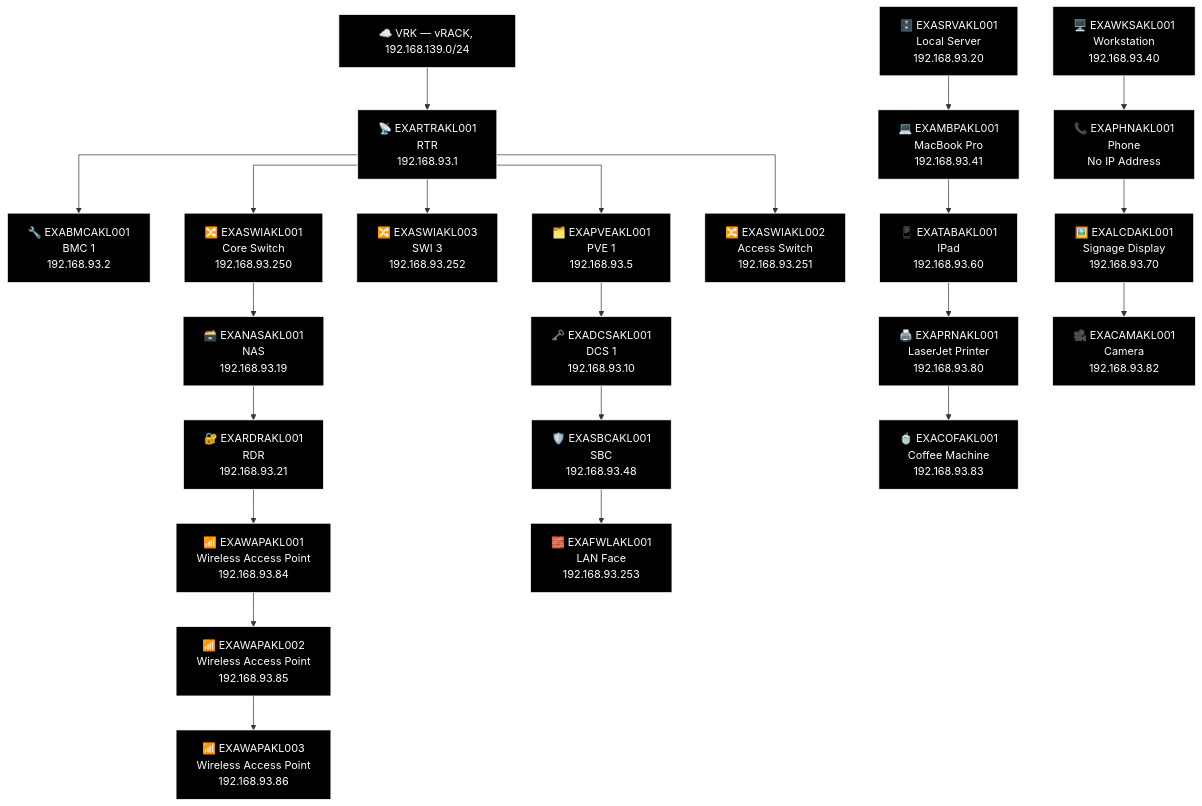
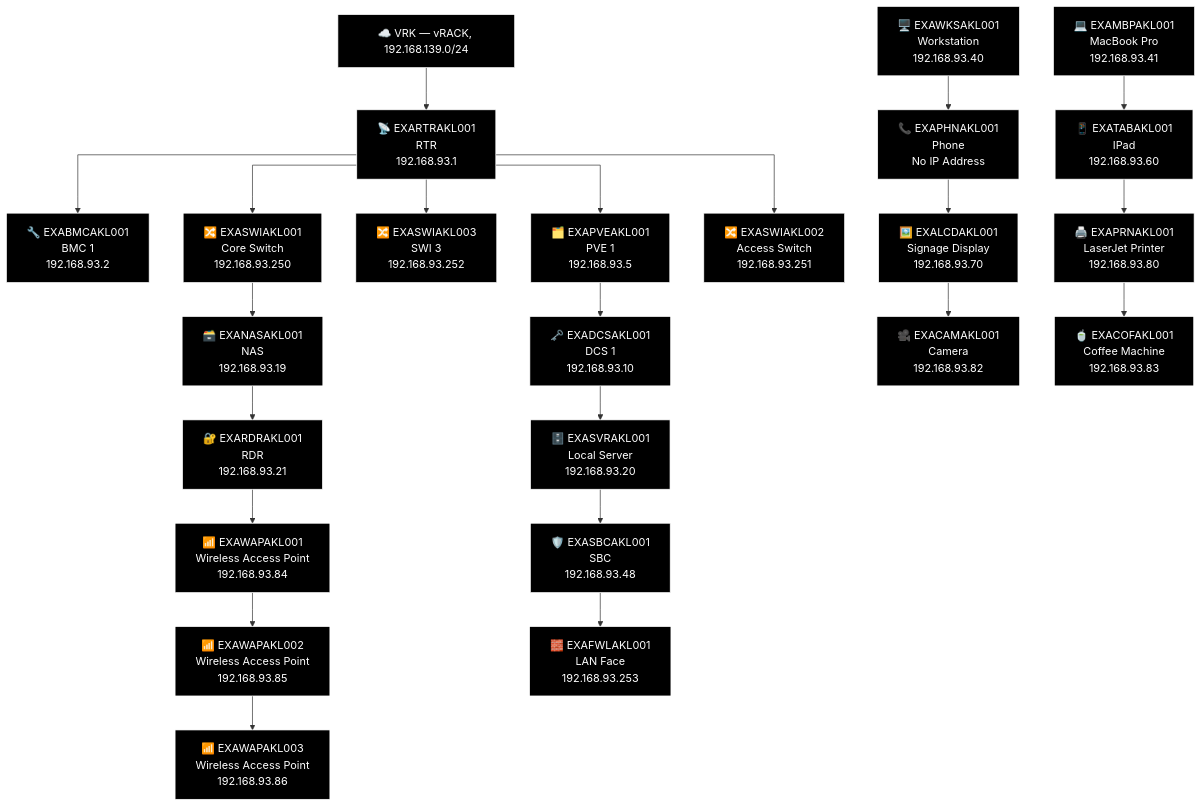
One commit to knightmare2600/example_music_infra changed the third of 3 diagrams in docs/network-diagram/new-zealand.md. Above: the diagram before and after it, drawn with Mermaid. The commit also changed other lines of this file and 44 other files, not shown here.

````diff
--- a/docs/network-diagram/new-zealand.md
+++ b/docs/network-diagram/new-zealand.md
@@ -131,64 +131,64 @@
 ```mermaid
 %% GENERATED:TOPOLOGY:AKL:START
 %%{init: {'flowchart': {'curve': 'stepAfter'}}}%%
 graph TD
     T_VRK["☁️ VRK — vRACK, 192.168.139.0/24"]
     T_RTR["📡 EXARTRAKL001<br/>RTR<br/>192.168.93.1"]
     T_VRK --> T_RTR
     T_BMC["🔧 EXABMCAKL001<br/>BMC 1<br/>192.168.93.2"]
     T_RTR --> T_BMC
     T_PVE["🗂️ EXAPVEAKL001<br/>PVE 1<br/>192.168.93.5"]
     T_RTR --> T_PVE
     T_SWI["🔀 EXASWIAKL003<br/>SWI 3<br/>192.168.93.252"]
     T_RTR --> T_SWI
     T_SWI2["🔀 EXASWIAKL001<br/>Core Switch<br/>192.168.93.250"]
     T_RTR --> T_SWI2
     T_SWI3["🔀 EXASWIAKL002<br/>Access Switch<br/>192.168.93.251"]
     T_RTR --> T_SWI3
     T_NAS["🗃️ EXANASAKL001<br/>NAS<br/>192.168.93.19"]
     T_RDR["🔐 EXARDRAKL001<br/>RDR<br/>192.168.93.21"]
     T_WAP["📶 EXAWAPAKL001<br/>Wireless Access Point<br/>192.168.93.84"]
     T_WAP2["📶 EXAWAPAKL002<br/>Wireless Access Point<br/>192.168.93.85"]
     T_WAP3["📶 EXAWAPAKL003<br/>Wireless Access Point<br/>192.168.93.86"]
     T_SWI2 --> T_NAS --> T_RDR --> T_WAP --> T_WAP2 --> T_WAP3
     T_DCS["🗝️ EXADCSAKL001<br/>DCS 1<br/>192.168.93.10"]
+    T_SVR["🗄️ EXASVRAKL001<br/>Local Server<br/>192.168.93.20"]
     T_SBC["🛡️ EXASBCAKL001<br/>SBC<br/>192.168.93.48"]
     T_FWL["🧱 EXAFWLAKL001<br/>LAN Face<br/>192.168.93.253"]
-    T_PVE --> T_DCS --> T_SBC --> T_FWL
-    T_SRV["🗄️ EXASRVAKL001<br/>Local Server<br/>192.168.93.20"]
+    T_PVE --> T_DCS --> T_SVR --> T_SBC --> T_FWL
     T_WKS["🖥️ EXAWKSAKL001<br/>Workstation<br/>192.168.93.40"]
     T_MBP["💻 EXAMBPAKL001<br/>MacBook Pro<br/>192.168.93.41"]
     T_PHN["📞 EXAPHNAKL001<br/>Phone<br/>No IP Address"]
     T_TAB["📱 EXATABAKL001<br/>IPad<br/>192.168.93.60"]
     T_LCD["🖼️ EXALCDAKL001<br/>Signage Display<br/>192.168.93.70"]
     T_PRN["🖨️ EXAPRNAKL001<br/>LaserJet Printer<br/>192.168.93.80"]
     T_CAM["🎥 EXACAMAKL001<br/>Camera<br/>192.168.93.82"]
     T_COF["🍵 EXACOFAKL001<br/>Coffee Machine<br/>192.168.93.83"]
-    T_SRV --> T_MBP --> T_TAB --> T_PRN --> T_COF
     T_WKS --> T_PHN --> T_LCD --> T_CAM
+    T_MBP --> T_TAB --> T_PRN --> T_COF
     style T_VRK fill:#000000,stroke:#FFFFFF,color:#FFFFFF
     style T_RTR fill:#000000,stroke:#FFFFFF,color:#FFFFFF
     style T_BMC fill:#000000,stroke:#FFFFFF,color:#FFFFFF
     style T_PVE fill:#000000,stroke:#FFFFFF,color:#FFFFFF
     style T_SWI fill:#000000,stroke:#FFFFFF,color:#FFFFFF
     style T_SWI2 fill:#000000,stroke:#FFFFFF,color:#FFFFFF
     style T_SWI3 fill:#000000,stroke:#FFFFFF,color:#FFFFFF
     style T_NAS fill:#000000,stroke:#FFFFFF,color:#FFFFFF
     style T_RDR fill:#000000,stroke:#FFFFFF,color:#FFFFFF
     style T_WAP fill:#000000,stroke:#FFFFFF,color:#FFFFFF
     style T_WAP2 fill:#000000,stroke:#FFFFFF,color:#FFFFFF
     style T_WAP3 fill:#000000,stroke:#FFFFFF,color:#FFFFFF
     style T_DCS fill:#000000,stroke:#FFFFFF,color:#FFFFFF
+    style T_SVR fill:#000000,stroke:#FFFFFF,color:#FFFFFF
     style T_SBC fill:#000000,stroke:#FFFFFF,color:#FFFFFF
     style T_FWL fill:#000000,stroke:#FFFFFF,color:#FFFFFF
-    style T_SRV fill:#000000,stroke:#FFFFFF,color:#FFFFFF
     style T_WKS fill:#000000,stroke:#FFFFFF,color:#FFFFFF
     style T_MBP fill:#000000,stroke:#FFFFFF,color:#FFFFFF
     style T_PHN fill:#000000,stroke:#FFFFFF,color:#FFFFFF
     style T_TAB fill:#000000,stroke:#FFFFFF,color:#FFFFFF
     style T_LCD fill:#000000,stroke:#FFFFFF,color:#FFFFFF
     style T_PRN fill:#000000,stroke:#FFFFFF,color:#FFFFFF
     style T_CAM fill:#000000,stroke:#FFFFFF,color:#FFFFFF
     style T_COF fill:#000000,stroke:#FFFFFF,color:#FFFFFF
 %% GENERATED:TOPOLOGY:AKL:END
 ```
````
